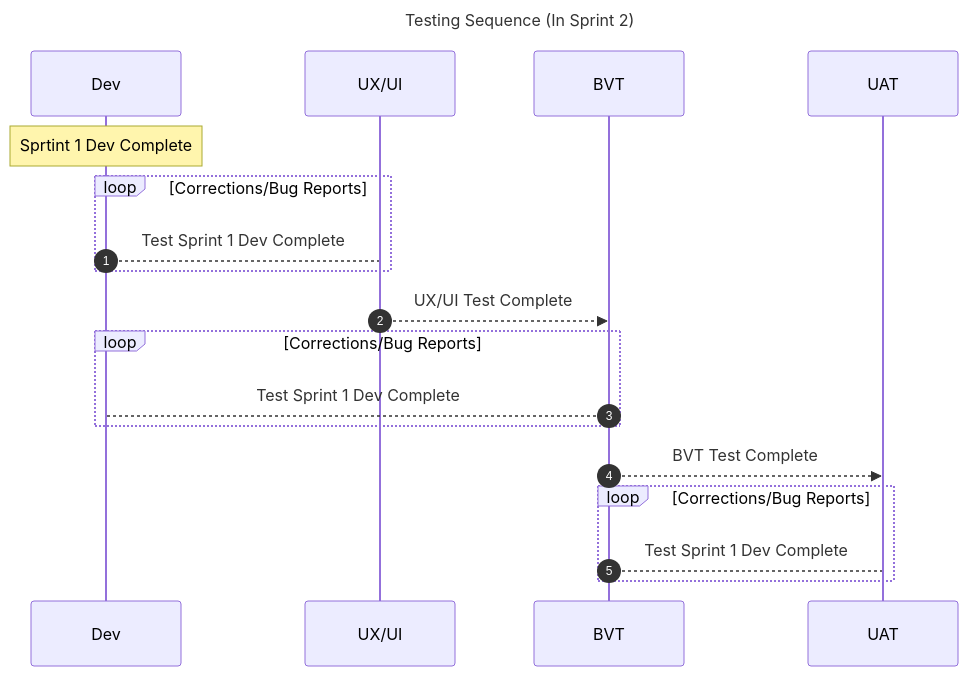
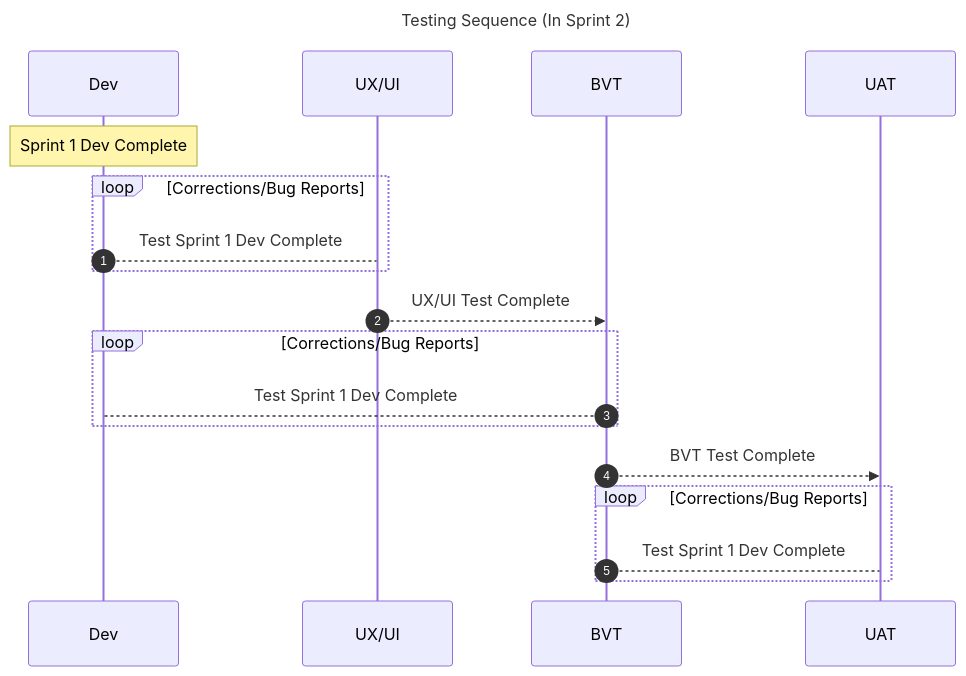
One commit to bcgov/onRouteBCSpecification changed the diagram in Test Strategy.md. Above: the diagram before and after it, drawn with Mermaid.

````diff
--- a/Test Strategy.md
+++ b/Test Strategy.md
@@ -98,24 +98,24 @@
 ```mermaid
 sequenceDiagram
 
 title Testing Sequence (In Sprint 2)
 
 autonumber
 participant d as Dev
 participant x as UX/UI
 participant b as BVT
 participant u as UAT
 
-note over d: Sprtint 1 Dev Complete
+note over d: Sprint 1 Dev Complete
 loop Corrections/Bug Reports
 	d-->x: Test Sprint 1 Dev Complete
 end
 x-->>b: UX/UI Test Complete
 loop Corrections/Bug Reports
 	b-->d: Test Sprint 1 Dev Complete
 end	
 b-->>u: BVT Test Complete
 loop Corrections/Bug Reports
 	b-->u: Test Sprint 1 Dev Complete
 end	
 ```
````
